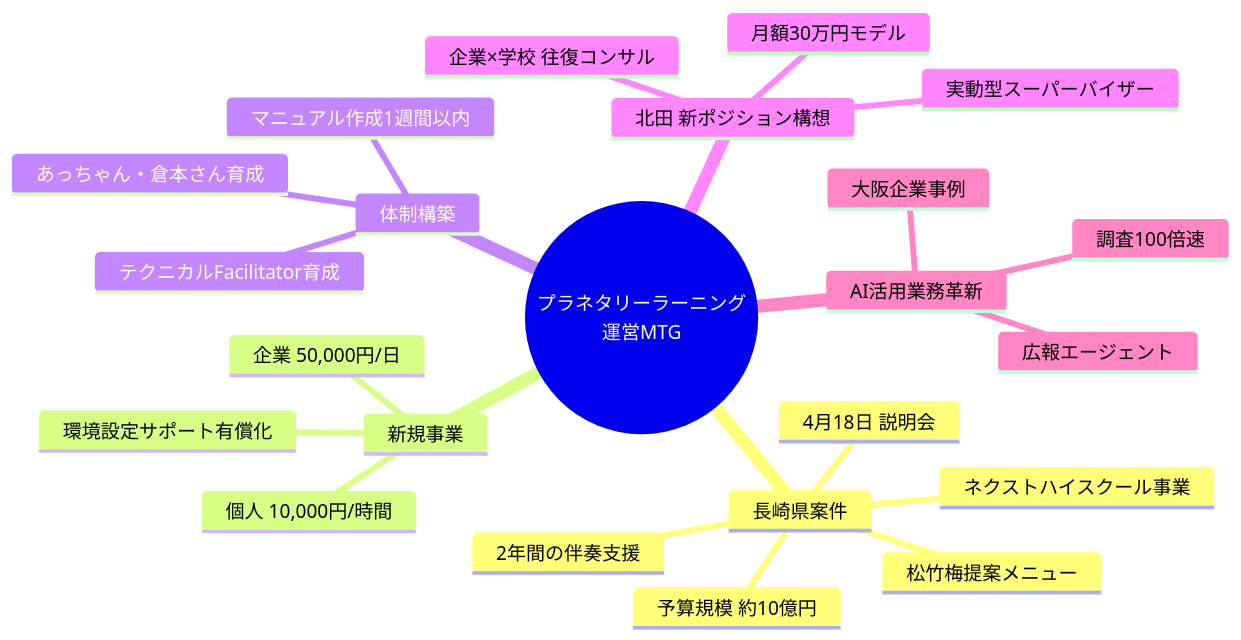
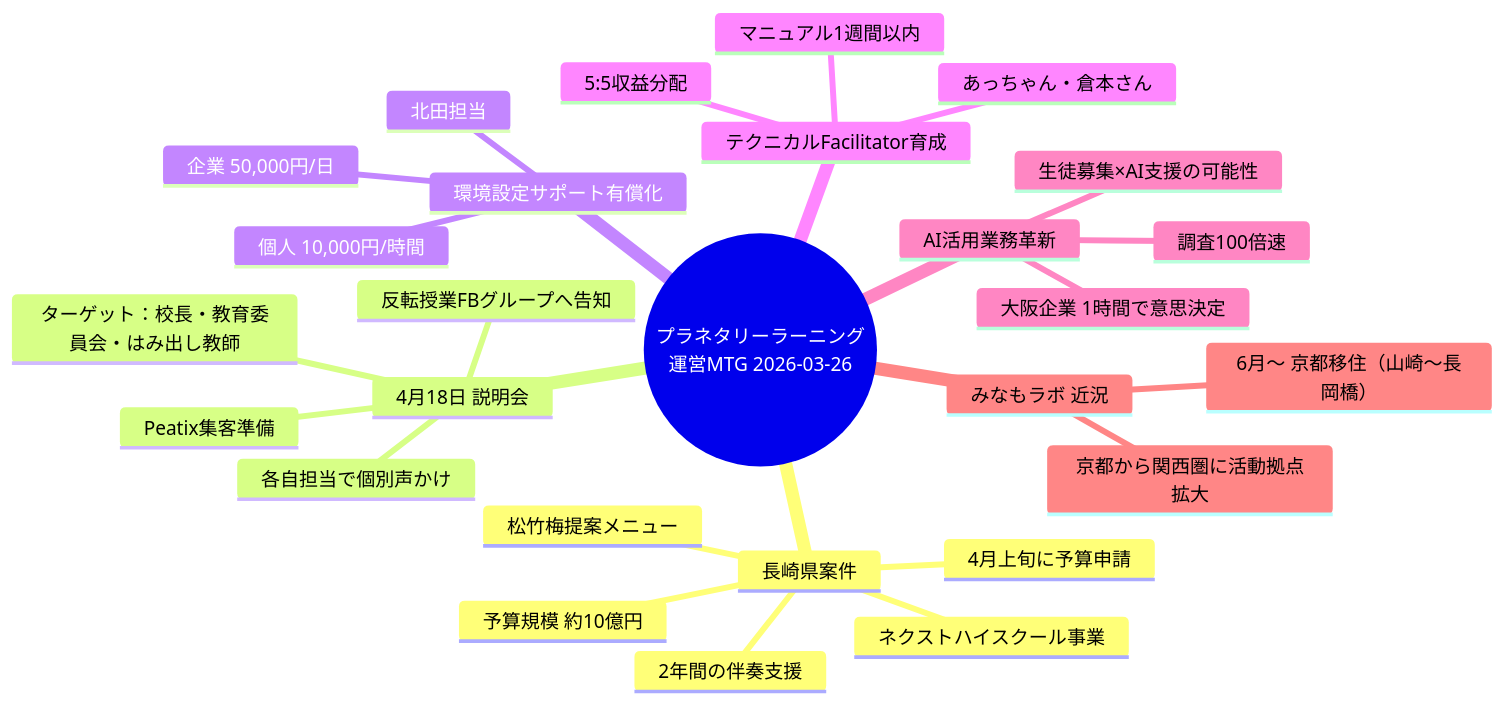
One commit to VOMOYA/planetary-learning-mtg-reports changed the first of 9 diagrams in プラネタリーラーニング_運営MTG_20260326.md. Above: the diagram before and after it, drawn with Mermaid. The commit also changed other lines of this file, not shown here.

````diff
--- a/プラネタリーラーニング_運営MTG_20260326.md
+++ b/プラネタリーラーニング_運営MTG_20260326.md
@@ -22,26 +23,30 @@
 ```mermaid
 mindmap
-  root((プラネタリーラーニング<br/>運営MTG))
+  root((プラネタリーラーニング<br/>運営MTG 2026-03-26))
     長崎県案件
       ネクストハイスクール事業
       予算規模 約10億円
       2年間の伴奏支援
       松竹梅提案メニュー
-      4月18日 説明会
-    新規事業
-      環境設定サポート有償化
+      4月上旬に予算申請
+    4月18日 説明会
+      Peatix集客準備
+      ターゲット：校長・教育委員会・はみ出し教師
+      反転授業FBグループへ告知
+      各自担当で個別声かけ
+    環境設定サポート有償化
       個人 10,000円/時間
       企業 50,000円/日
-    体制構築
-      テクニカルFacilitator育成
-      マニュアル作成1週間以内
-      あっちゃん・倉本さん育成
-    北田 新ポジション構想
-      実動型スーパーバイザー
-      企業×学校 往復コンサル
-      月額30万円モデル
+      北田担当
+    テクニカルFacilitator育成
+      マニュアル1週間以内
+      あっちゃん・倉本さん
+      5:5収益分配
     AI活用業務革新
-      大阪企業事例
+      大阪企業 1時間で意思決定
       調査100倍速
-      広報エージェント
+      生徒募集×AI支援の可能性
+    みなもラボ 近況
+      6月〜 京都移住（山崎〜長岡橋）
+      京都から関西圏に活動拠点拡大
 ```
````
